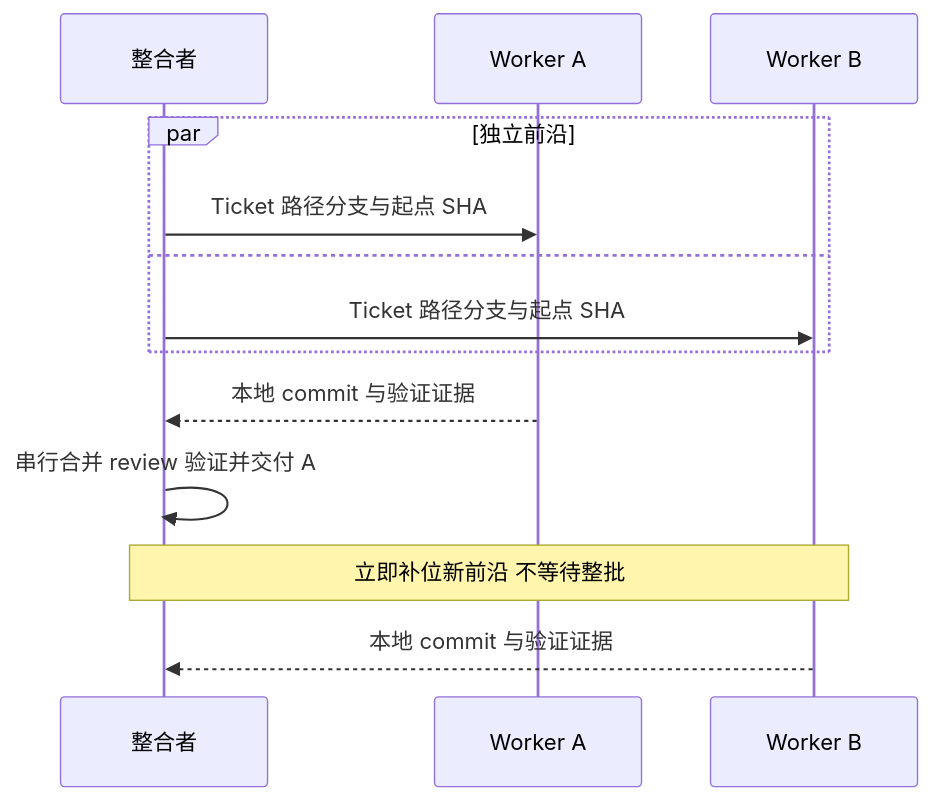
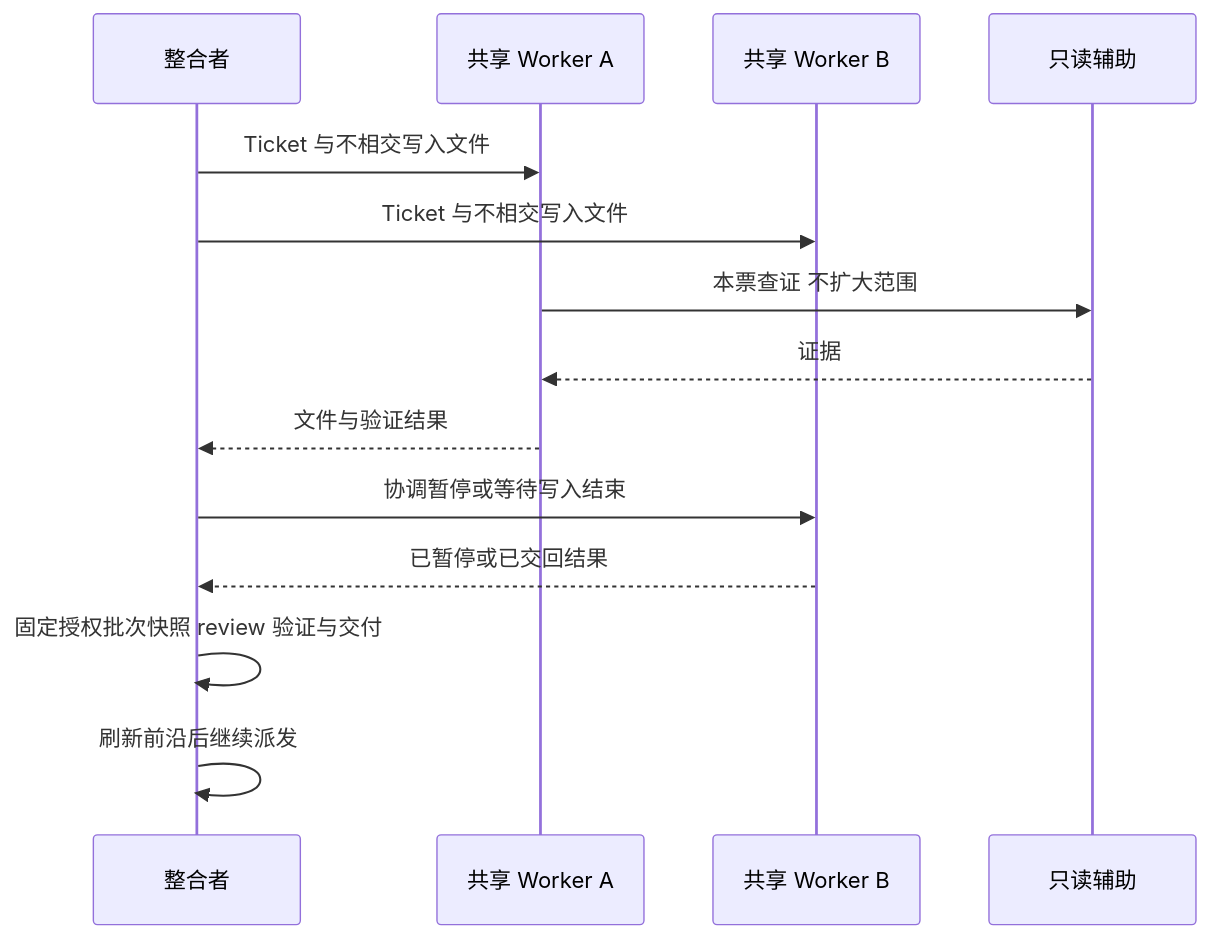
One commit to liu-qingyuan/skills-sync-lqy changed the fourth of 8 diagrams in docs/architecture/spec-implementation.md. Above: the diagram before and after it, drawn with Mermaid. The commit also changed other lines of this file and 17 other files, not shown here.

````diff
--- a/docs/architecture/spec-implementation.md
+++ b/docs/architecture/spec-implementation.md
@@ -40,15 +48,16 @@
 ```mermaid
 sequenceDiagram
     participant C as 整合者
-    participant A as Worker A
-    participant B as Worker B
-    par 独立前沿
-        C->>A: Ticket 路径分支与起点 SHA
-    and
-        C->>B: Ticket 路径分支与起点 SHA
-    end
-    A-->>C: 本地 commit 与验证证据
-    C->>C: 串行合并 review 验证并交付 A
-    Note over C,B: 立即补位新前沿 不等待整批
-    B-->>C: 本地 commit 与验证证据
+    participant A as 共享 Worker A
+    participant B as 共享 Worker B
+    participant H as 只读辅助
+    C->>A: Ticket 与不相交写入文件
+    C->>B: Ticket 与不相交写入文件
+    A->>H: 本票查证 不扩大范围
+    H-->>A: 证据
+    A-->>C: 文件与验证结果
+    C->>B: 协调暂停或等待写入结束
+    B-->>C: 已暂停或已交回结果
+    C->>C: 固定授权批次快照 review 验证与交付
+    C->>C: 刷新前沿后继续派发
 ```
````
